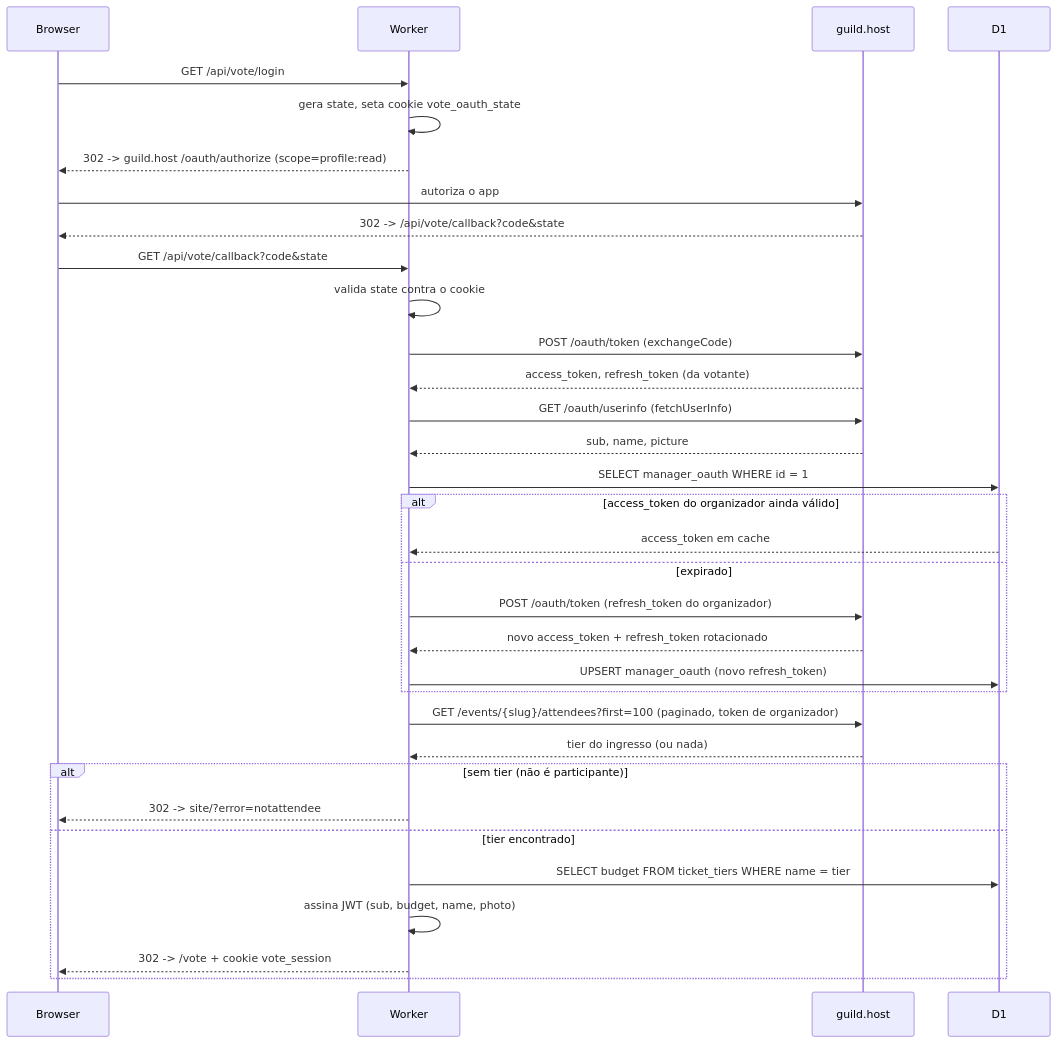
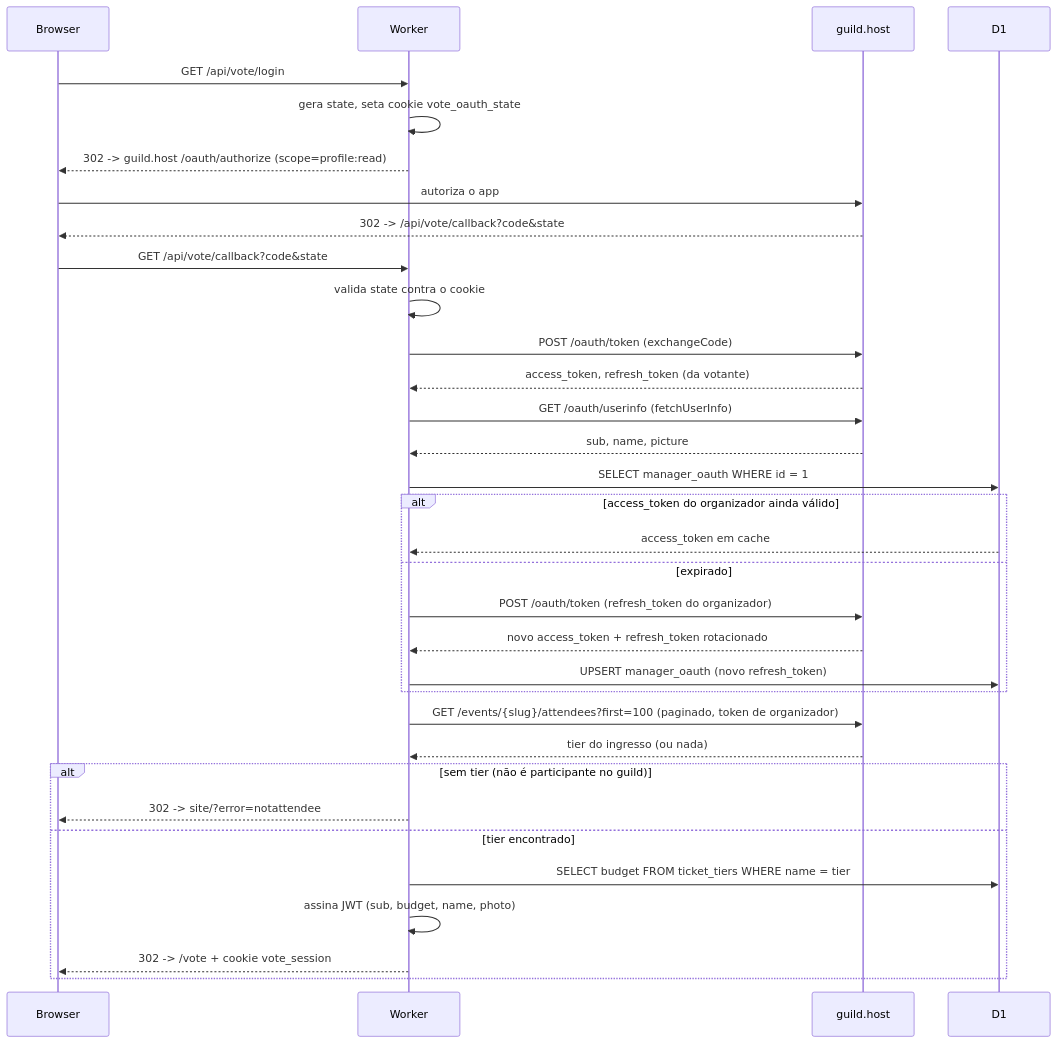
The first of 2 diagrams in DEVELOPMENT.md (nodejsbrazil/jsconf), drawn with Mermaid before and after one commit. The commit also changed other lines of this file and 27 other files, not shown here.

````diff
--- a/DEVELOPMENT.md
+++ b/DEVELOPMENT.md
@@ -117,36 +117,36 @@
 ```mermaid
 sequenceDiagram
     participant B as Browser
     participant W as Worker
     participant G as guild.host
     participant D as D1
 
     B->>W: GET /api/vote/login
     W->>W: gera state, seta cookie vote_oauth_state
     W-->>B: 302 -> guild.host /oauth/authorize (scope=profile:read)
     B->>G: autoriza o app
     G-->>B: 302 -> /api/vote/callback?code&state
     B->>W: GET /api/vote/callback?code&state
     W->>W: valida state contra o cookie
     W->>G: POST /oauth/token (exchangeCode)
     G-->>W: access_token, refresh_token (da votante)
     W->>G: GET /oauth/userinfo (fetchUserInfo)
     G-->>W: sub, name, picture
     W->>D: SELECT manager_oauth WHERE id = 1
     alt access_token do organizador ainda válido
         D-->>W: access_token em cache
     else expirado
         W->>G: POST /oauth/token (refresh_token do organizador)
         G-->>W: novo access_token + refresh_token rotacionado
         W->>D: UPSERT manager_oauth (novo refresh_token)
     end
     W->>G: GET /events/{slug}/attendees?first=100 (paginado, token de organizador)
     G-->>W: tier do ingresso (ou nada)
-    alt sem tier (não é participante)
+    alt sem tier (não é participante no guild)
         W-->>B: 302 -> site/?error=notattendee
     else tier encontrado
         W->>D: SELECT budget FROM ticket_tiers WHERE name = tier
         W->>W: assina JWT (sub, budget, name, photo)
         W-->>B: 302 -> /vote + cookie vote_session
     end
 ```
````
